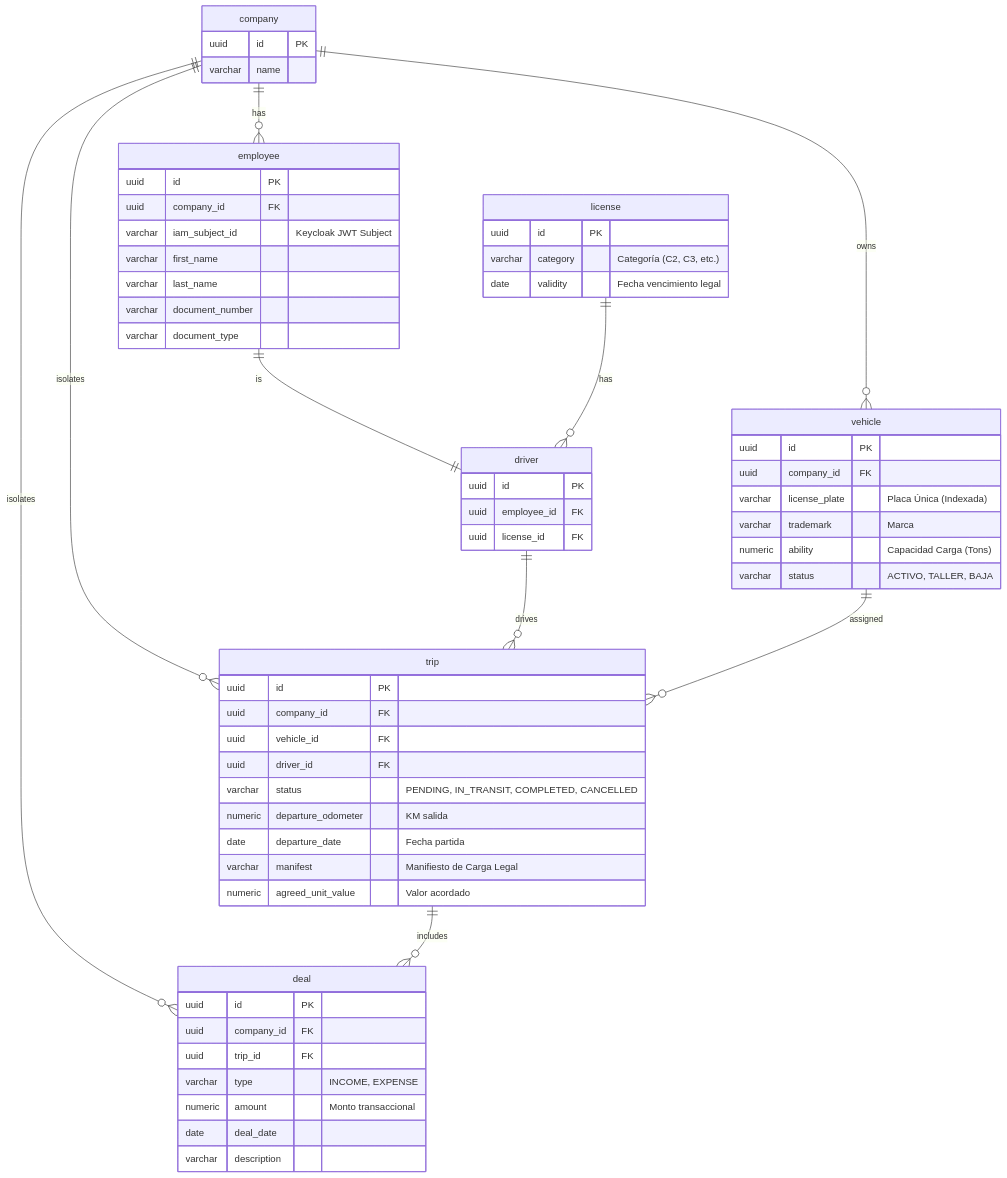
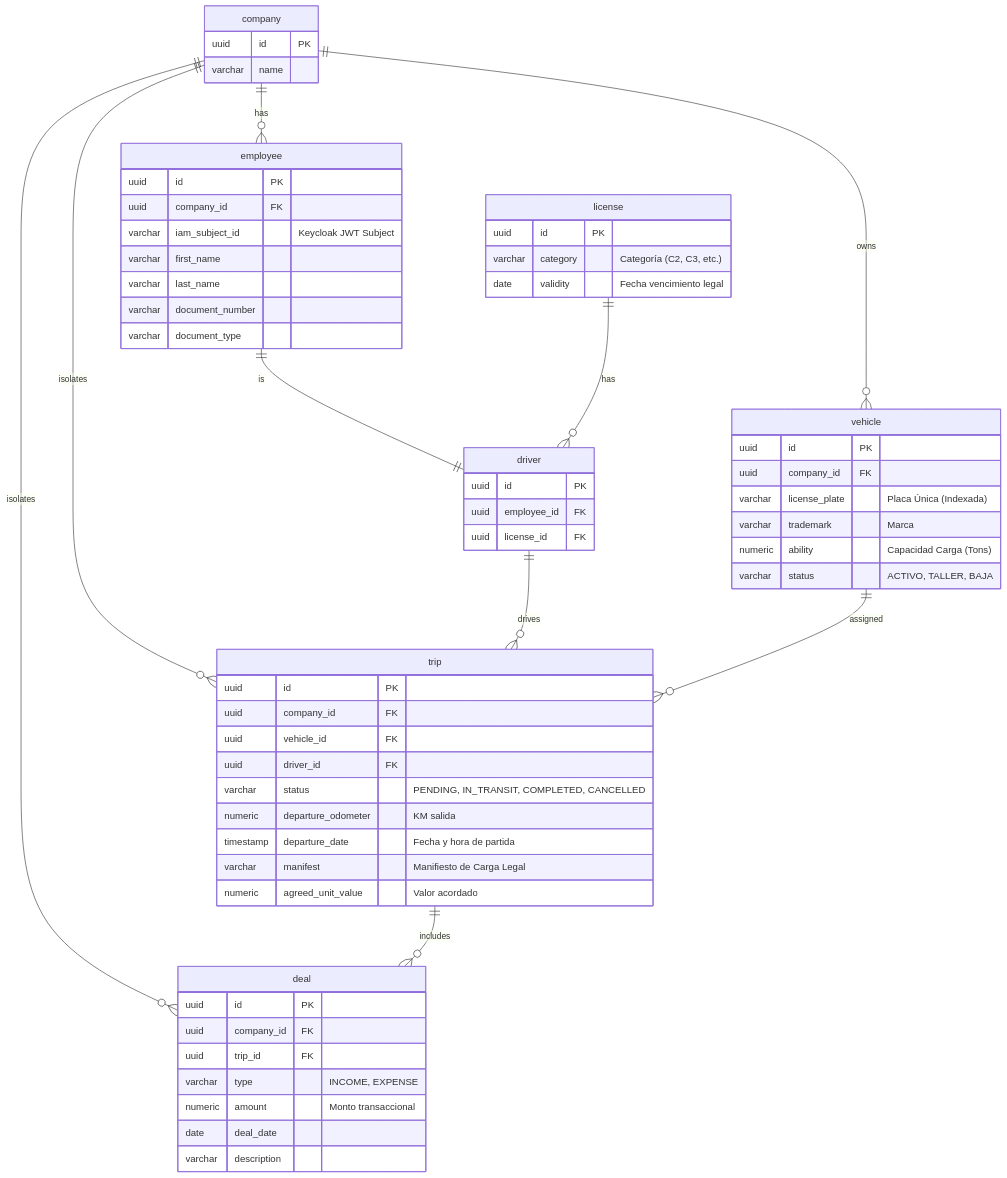
The third of 3 diagrams in readme.md (LIDR-academy/AI4Devs-finalproject), drawn with Mermaid before and after one commit. The commit also changed other lines of this file and 2 other files, not shown here.

````diff
--- a/readme.md
+++ b/readme.md
@@ -262,65 +262,65 @@
 ```mermaid
 erDiagram
     company {
         uuid id PK
         varchar name
     }
     employee {
         uuid id PK
         uuid company_id FK
         varchar iam_subject_id "Keycloak JWT Subject"
         varchar first_name
         varchar last_name
         varchar document_number
         varchar document_type
     }
     driver {
         uuid id PK
         uuid employee_id FK
         uuid license_id FK
     }
     license {
         uuid id PK
         varchar category "Categoría (C2, C3, etc.)"
         date validity "Fecha vencimiento legal"
     }
     vehicle {
         uuid id PK
         uuid company_id FK
         varchar license_plate "Placa Única (Indexada)"
         varchar trademark "Marca"
         numeric ability "Capacidad Carga (Tons)"
         varchar status "ACTIVO, TALLER, BAJA"
     }
     trip {
         uuid id PK
         uuid company_id FK
         uuid vehicle_id FK
         uuid driver_id FK
         varchar status "PENDING, IN_TRANSIT, COMPLETED, CANCELLED"
         numeric departure_odometer "KM salida"
-        date departure_date "Fecha partida"
+        timestamp departure_date "Fecha y hora de partida"
         varchar manifest "Manifiesto de Carga Legal"
         numeric agreed_unit_value "Valor acordado"
     }
     deal {
         uuid id PK
         uuid company_id FK
         uuid trip_id FK
         varchar type "INCOME, EXPENSE"
         numeric amount "Monto transaccional"
         date deal_date
         varchar description
     }
 
     %% Cardinalidades y relaciones del flujo transaccional
     company ||--o{ employee : "has"
     company ||--o{ vehicle : "owns"
     company ||--o{ trip : "isolates"
     company ||--o{ deal : "isolates"
     employee ||--|| driver : "is"
     license ||--o{ driver : "has"
     driver ||--o{ trip : "drives"
     vehicle ||--o{ trip : "assigned"
     trip ||--o{ deal : "includes"
 ```
````
